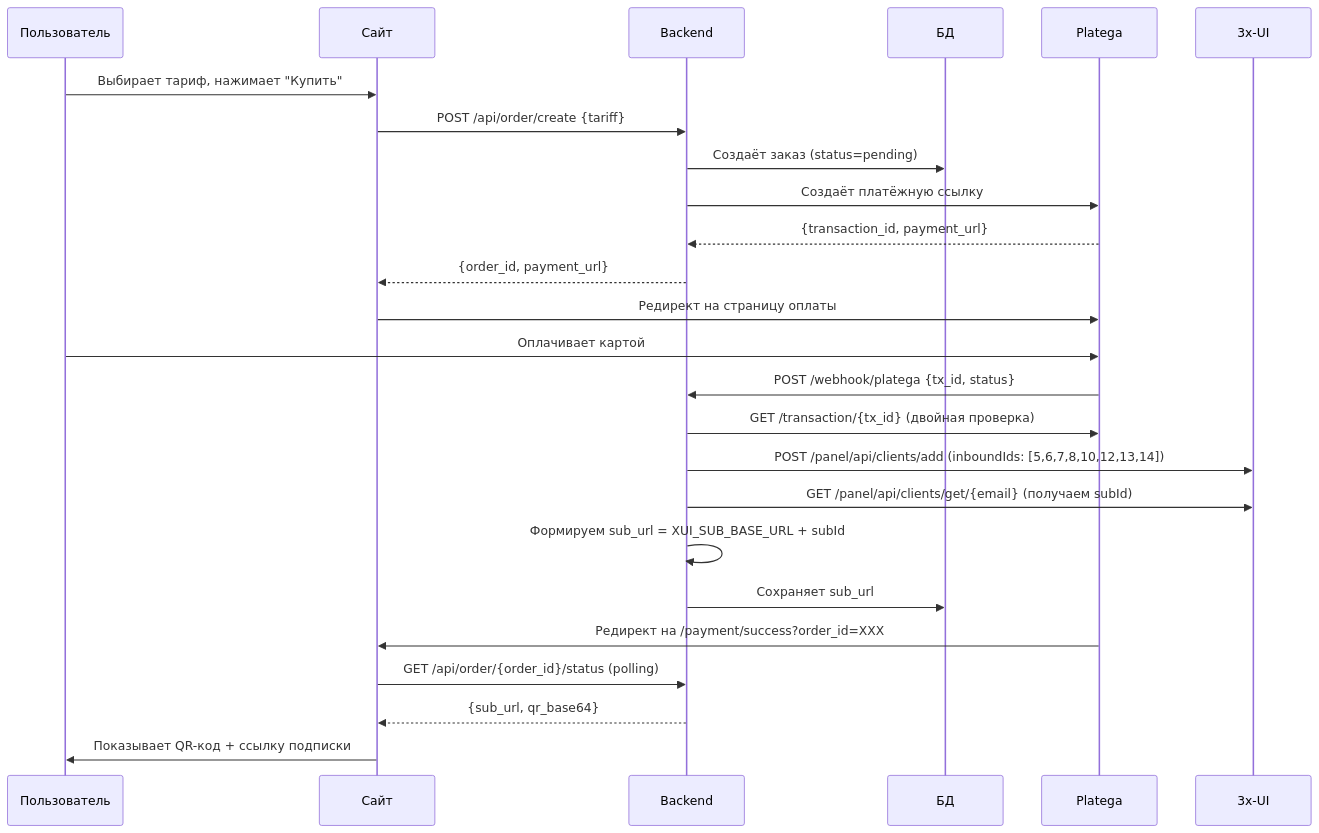
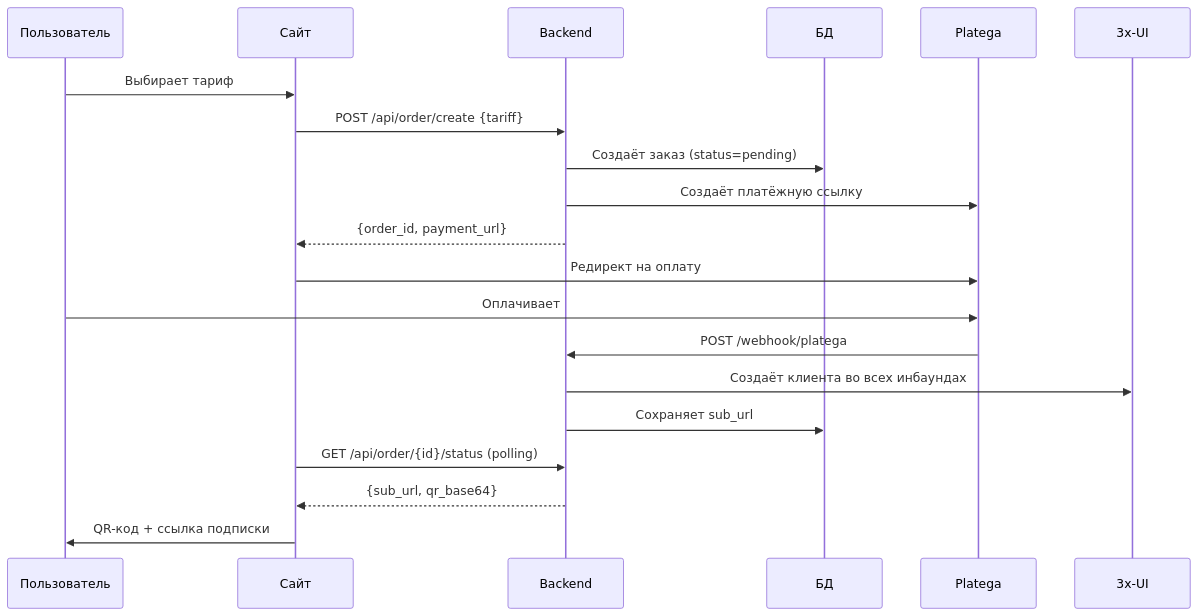
Before and after one commit to AnikeyAttano-project/AWX_website: the diagram in README.md, drawn with Mermaid. The commit also changed other lines of this file, not shown here.

Commit message:
docs: update README — remove personal domains, add ЛК and admin panel docs

````diff
--- a/README.md
+++ b/README.md
@@ -100,21 +111,16 @@
 ```mermaid
 sequenceDiagram
-    Пользователь->>Сайт: Выбирает тариф, нажимает "Купить"
+    Пользователь->>Сайт: Выбирает тариф
     Сайт->>Backend: POST /api/order/create {tariff}
     Backend->>БД: Создаёт заказ (status=pending)
     Backend->>Platega: Создаёт платёжную ссылку
-    Platega-->>Backend: {transaction_id, payment_url}
     Backend-->>Сайт: {order_id, payment_url}
-    Сайт->>Platega: Редирект на страницу оплаты
-    Пользователь->>Platega: Оплачивает картой
-    Platega->>Backend: POST /webhook/platega {tx_id, status}
-    Backend->>Platega: GET /transaction/{tx_id} (двойная проверка)
-    Backend->>3x-UI: POST /panel/api/clients/add (inboundIds: [5,6,7,8,10,12,13,14])
-    Backend->>3x-UI: GET /panel/api/clients/get/{email} (получаем subId)
-    Backend->>Backend: Формируем sub_url = XUI_SUB_BASE_URL + subId
+    Сайт->>Platega: Редирект на оплату
+    Пользователь->>Platega: Оплачивает
+    Platega->>Backend: POST /webhook/platega
+    Backend->>3x-UI: Создаёт клиента во всех инбаундах
     Backend->>БД: Сохраняет sub_url
-    Platega->>Сайт: Редирект на /payment/success?order_id=XXX
-    Сайт->>Backend: GET /api/order/{order_id}/status (polling)
+    Сайт->>Backend: GET /api/order/{id}/status (polling)
     Backend-->>Сайт: {sub_url, qr_base64}
-    Сайт->>Пользователь: Показывает QR-код + ссылку подписки
+    Сайт->>Пользователь: QR-код + ссылка подписки
 ```
````
